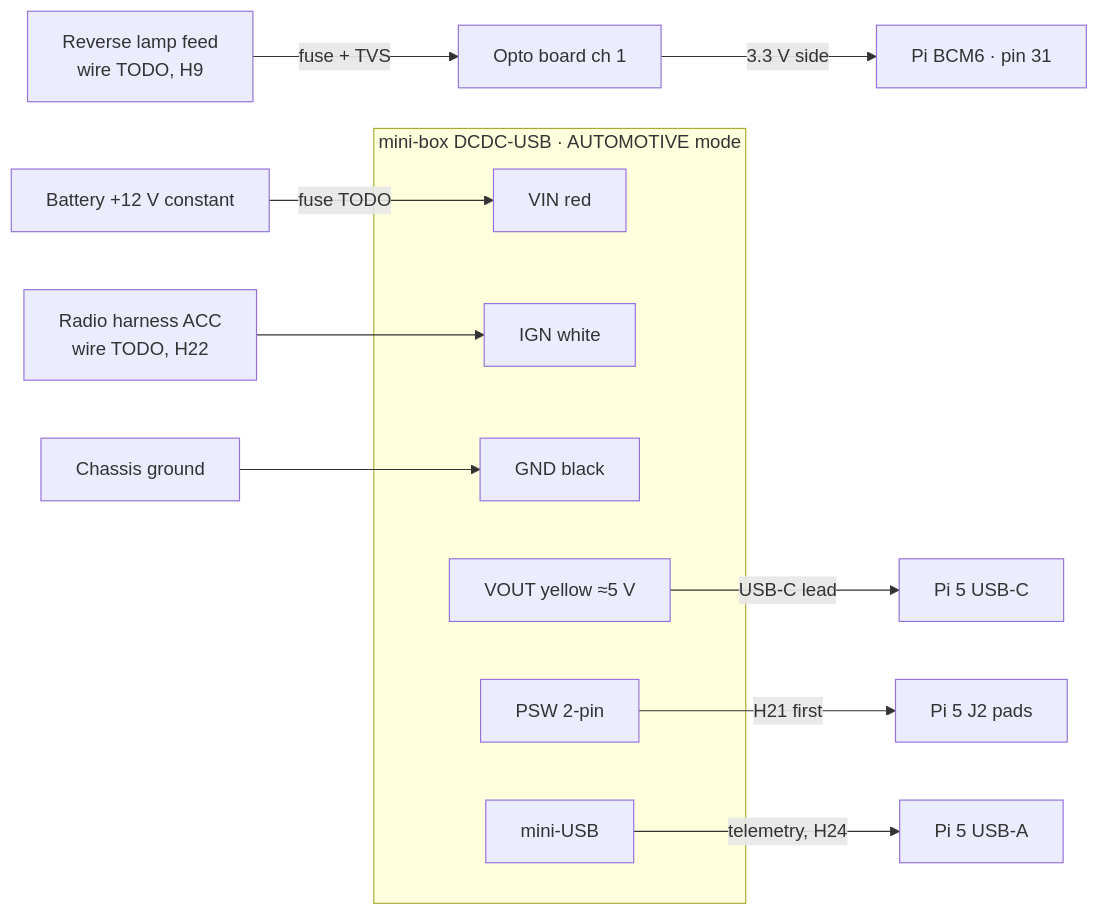
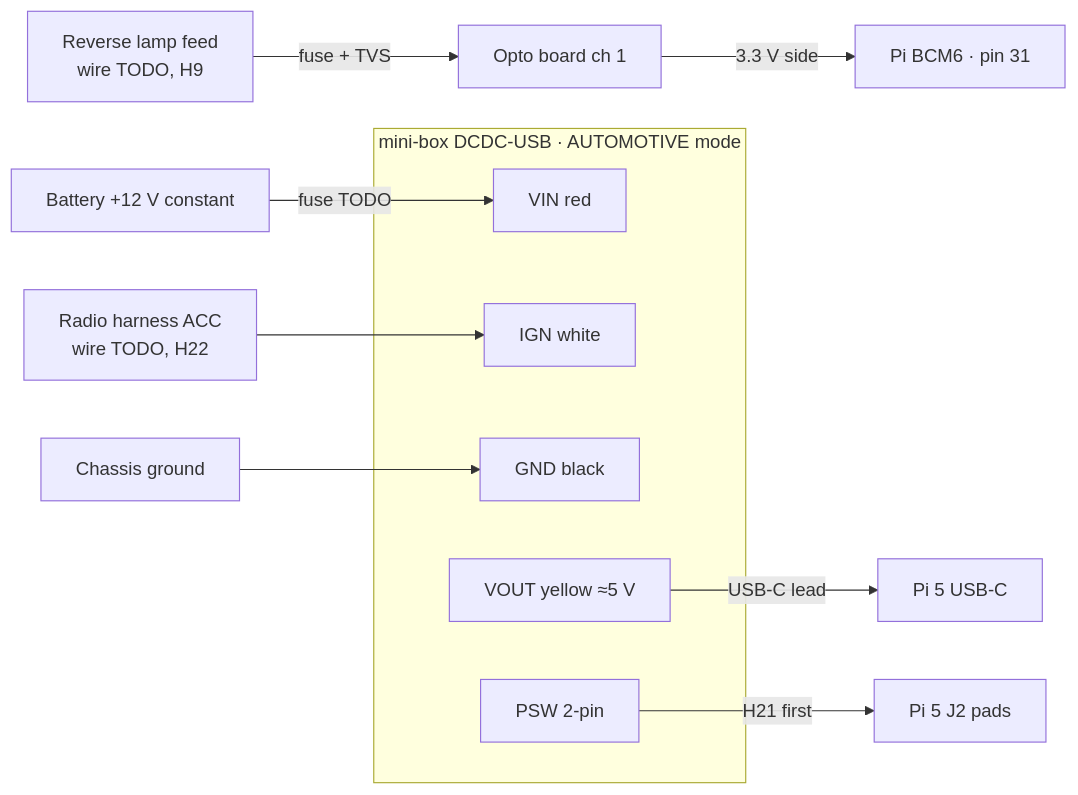
One commit to darickc/TruckDashboard changed the diagram in docs/wiring/power-and-inputs.md. Above: the diagram before and after it, drawn with Mermaid. The commit also changed other lines of this file and 15 other files, not shown here.

````diff
--- a/docs/wiring/power-and-inputs.md
+++ b/docs/wiring/power-and-inputs.md
@@ -19,19 +19,17 @@
 ```mermaid
 flowchart LR
   BATT[Battery +12 V constant] -- fuse TODO --> VIN
   ACC[Radio harness ACC<br/>wire TODO, H22] --> IGN
   GNDC[Chassis ground] --> GND
   subgraph DCDC[mini-box DCDC-USB · AUTOMOTIVE mode]
     VIN[VIN red]
     IGN[IGN white]
     GND[GND black]
     VOUT[VOUT yellow ≈5 V]
     PSW[PSW 2-pin]
-    USB[mini-USB]
   end
   VOUT -- USB-C lead --> PI[Pi 5 USB-C]
   PSW -- H21 first --> J2[Pi 5 J2 pads]
-  USB -- telemetry, H24 --> PIUSB[Pi 5 USB-A]
   REV[Reverse lamp feed<br/>wire TODO, H9] -- fuse + TVS --> OPTO[Opto board ch 1]
   OPTO -- 3.3 V side --> GPIO[Pi BCM6 · pin 31]
 ```
````
